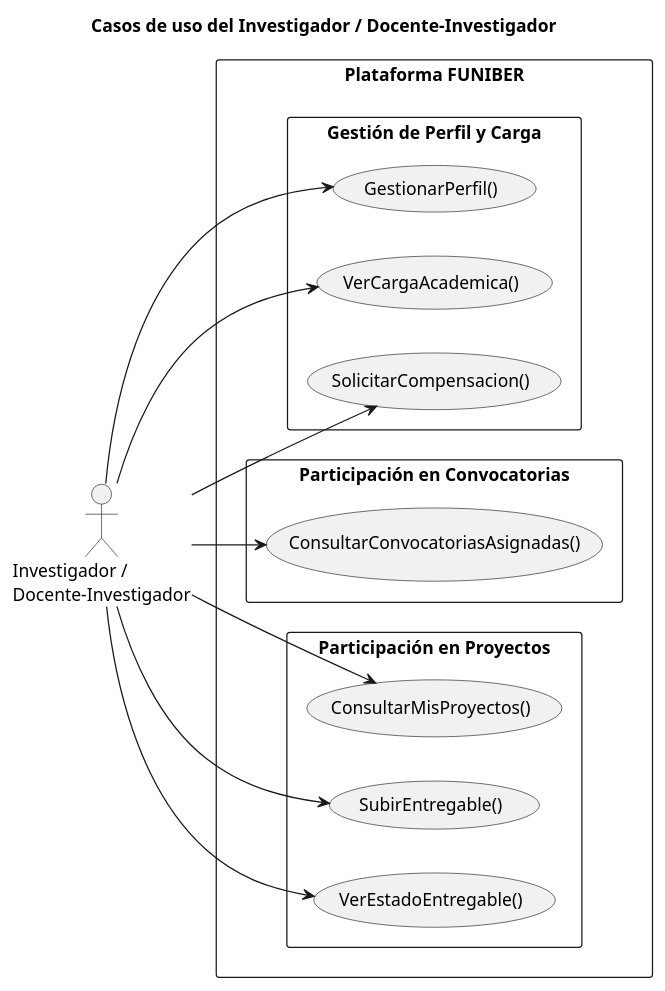
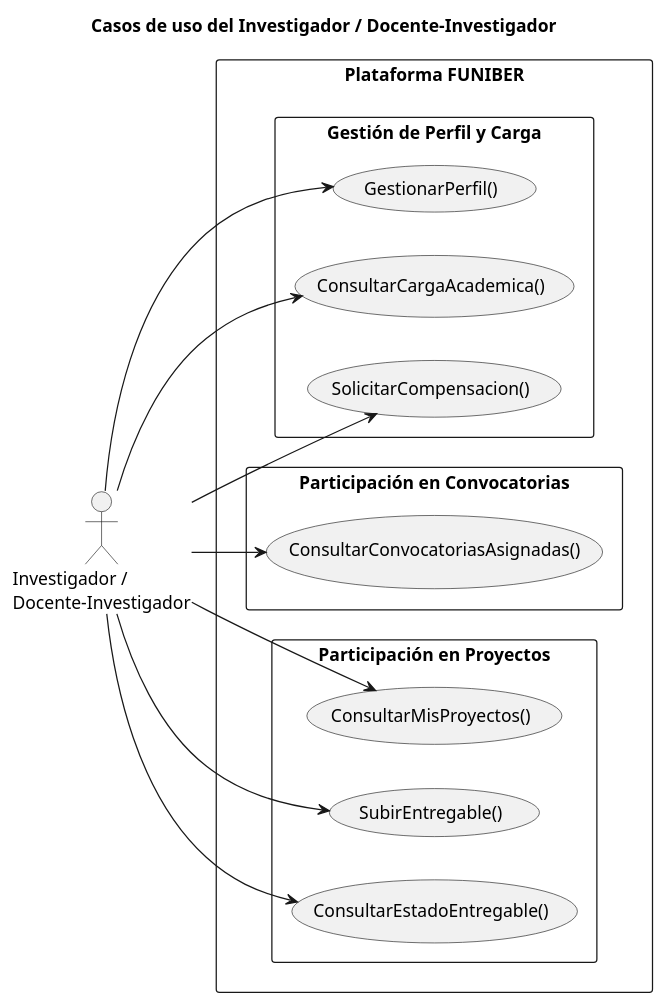
The diagram in documents/CasosDeUso/CasosDeUso/Investigador-Docente/Investigador-Docente.puml (31Diego/25-26-IdSw1-SdR), drawn with PlantUML before and after one commit. The commit also changed 9 other files, not shown here.

Commit message:
refactor: actualizar terminología a convención CRUD en todos los diagramas

```diff
--- a/documents/CasosDeUso/CasosDeUso/Investigador-Docente/Investigador-Docente.puml
+++ b/documents/CasosDeUso/CasosDeUso/Investigador-Docente/Investigador-Docente.puml
@@ -1,35 +1,35 @@
 @startuml CU_Investigador
 title Casos de uso del Investigador / Docente-Investigador
 
 left to right direction
 actor "Investigador /\nDocente-Investigador" as Inv
 
 rectangle "Plataforma FUNIBER" {
 
   rectangle "Gestión de Perfil y Carga" {
     usecase "GestionarPerfil()" as CU_GestionarPerfil
-    usecase "VerCargaAcademica()" as CU_VerCarga
+    usecase "ConsultarCargaAcademica()" as CU_ConsultarCarga
     usecase "SolicitarCompensacion()" as CU_SolicitarComp
   }
 
   rectangle "Participación en Convocatorias" {
-    usecase "ConsultarConvocatoriasAsignadas()" as CU_VerConv
+    usecase "ConsultarConvocatoriasAsignadas()" as CU_ConsultarConv
   }
 
   rectangle "Participación en Proyectos" {
-    usecase "ConsultarMisProyectos()" as CU_VerProyectos
+    usecase "ConsultarMisProyectos()" as CU_ConsultarProyectos
     usecase "SubirEntregable()" as CU_SubirEntregable
-    usecase "VerEstadoEntregable()" as CU_VerEstado
+    usecase "ConsultarEstadoEntregable()" as CU_ConsultarEstado
   }
 
 }
 
 Inv --> CU_GestionarPerfil
-Inv --> CU_VerCarga
+Inv --> CU_ConsultarCarga
 Inv --> CU_SolicitarComp
-Inv --> CU_VerConv
-Inv --> CU_VerProyectos
+Inv --> CU_ConsultarConv
+Inv --> CU_ConsultarProyectos
 Inv --> CU_SubirEntregable
-Inv --> CU_VerEstado
+Inv --> CU_ConsultarEstado
 
 @enduml
```
